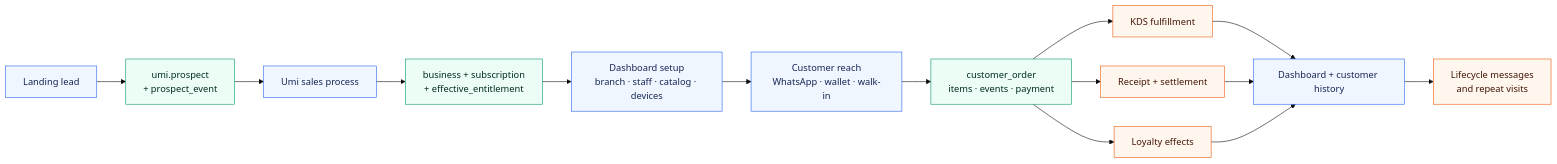
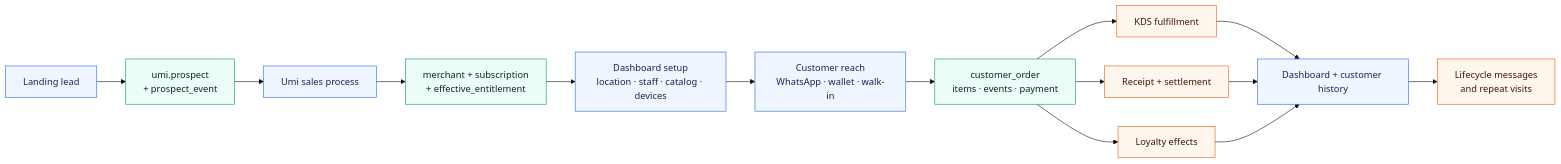
The second of 17 diagrams in docs/architecture/umi-platform-architecture-presentation.md (umiconsulting/umi), drawn with Mermaid (base theme) before and after one commit. The commit also changed other lines of this file and 214 other files, not shown here.

````diff
--- a/docs/architecture/umi-platform-architecture-presentation.md
+++ b/docs/architecture/umi-platform-architecture-presentation.md
@@ -106,20 +106,20 @@
 ```mermaid
 flowchart LR
   classDef phase fill:#eff6ff,stroke:#2563eb,color:#172554
   classDef fact fill:#ecfdf5,stroke:#059669,color:#022c22
   classDef value fill:#fff7ed,stroke:#ea580c,color:#431407
 
   Lead["Landing lead"]:::phase --> Prospect["umi.prospect<br/>+ prospect_event"]:::fact
   Prospect --> Sale["Umi sales process"]:::phase
-  Sale --> Access["business + subscription<br/>+ effective_entitlement"]:::fact
-  Access --> Setup["Dashboard setup<br/>branch · staff · catalog · devices"]:::phase
+  Sale --> Access["merchant + subscription<br/>+ effective_entitlement"]:::fact
+  Access --> Setup["Dashboard setup<br/>location · staff · catalog · devices"]:::phase
   Setup --> Reach["Customer reach<br/>WhatsApp · wallet · walk-in"]:::phase
   Reach --> Order["customer_order<br/>items · events · payment"]:::fact
   Order --> Kitchen["KDS fulfillment"]:::value
   Order --> Receipt["Receipt + settlement"]:::value
   Order --> Loyalty["Loyalty effects"]:::value
   Kitchen --> Insight["Dashboard + customer history"]:::phase
   Receipt --> Insight
   Loyalty --> Insight
   Insight --> Retain["Lifecycle messages<br/>and repeat visits"]:::value
 ```
````
